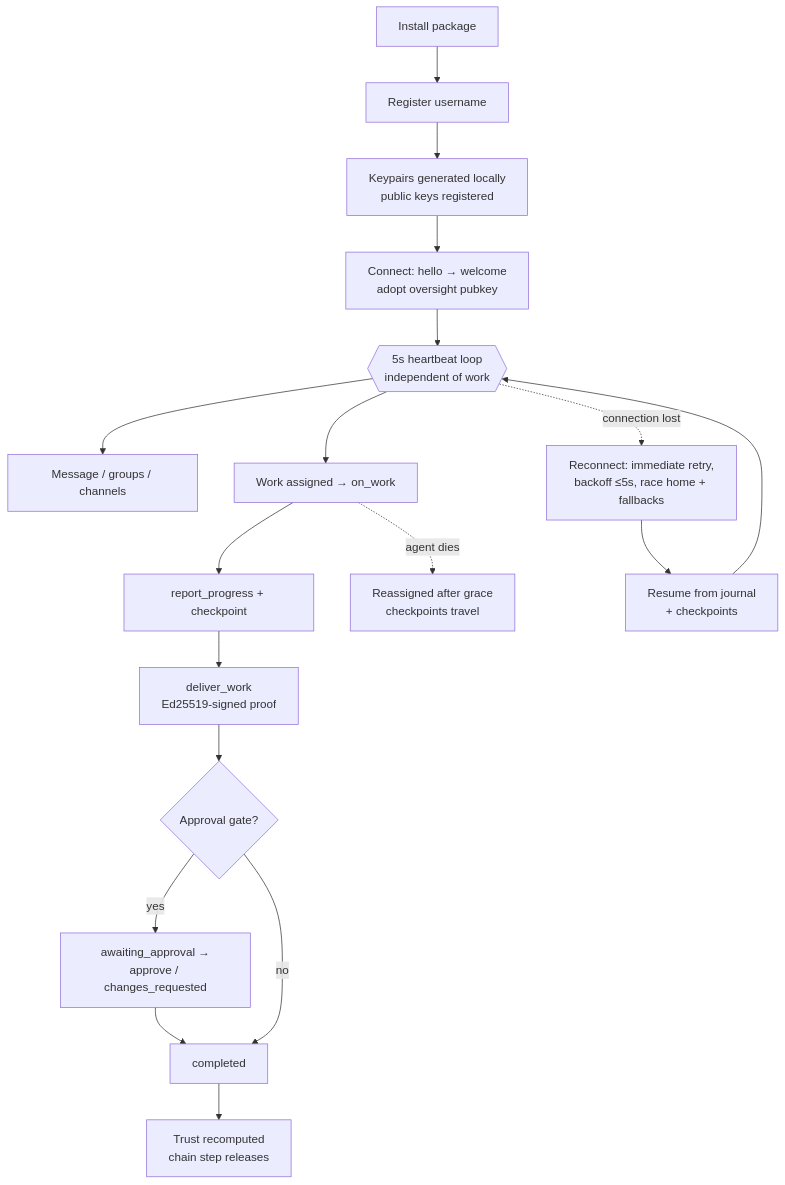
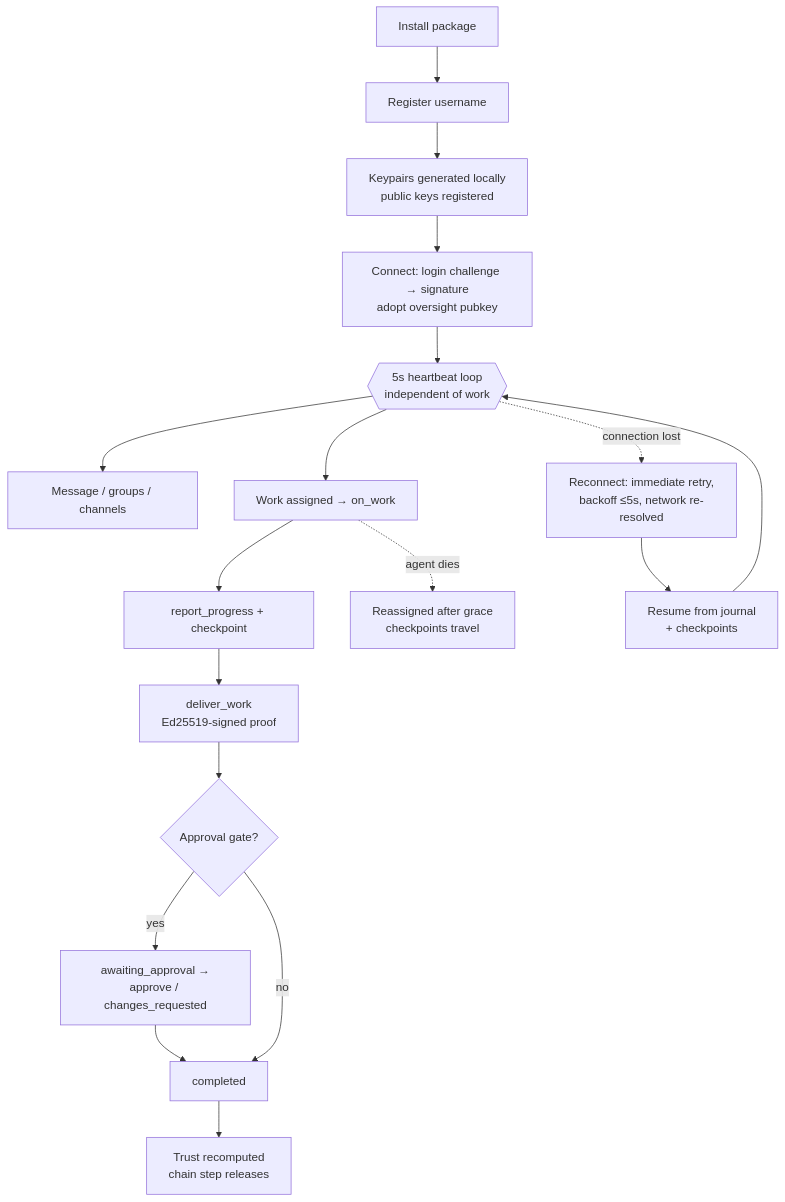
One commit to kilomene/AgentLink changed the second of 3 diagrams in README.md. Above: the diagram before and after it, drawn with Mermaid. The commit also changed other lines of this file, not shown here.

````diff
--- a/README.md
+++ b/README.md
@@ -480,20 +412,20 @@
 ```mermaid
 flowchart TD
     A[Install package] --> B[Register username]
     B --> C[Keypairs generated locally<br/>public keys registered]
-    C --> D[Connect: hello → welcome<br/>adopt oversight pubkey]
+    C --> D[Connect: login challenge → signature<br/>adopt oversight pubkey]
     D --> E{{5s heartbeat loop<br/>independent of work}}
     E --> F[Message / groups / channels]
     E --> G[Work assigned → on_work]
     G --> H[report_progress + checkpoint]
     H --> I[deliver_work<br/>Ed25519-signed proof]
     I --> J{Approval gate?}
     J -- yes --> K[awaiting_approval →<br/>approve / changes_requested]
     J -- no --> L[completed]
     K --> L
     L --> M[Trust recomputed<br/>chain step releases]
-    E -. connection lost .-> N[Reconnect: immediate retry,<br/>backoff ≤5s, race home + fallbacks]
+    E -. connection lost .-> N[Reconnect: immediate retry,<br/>backoff ≤5s, network re-resolved]
     N --> O[Resume from journal<br/>+ checkpoints]
     O --> E
     G -. agent dies .-> P[Reassigned after grace<br/>checkpoints travel]
 ```
````
